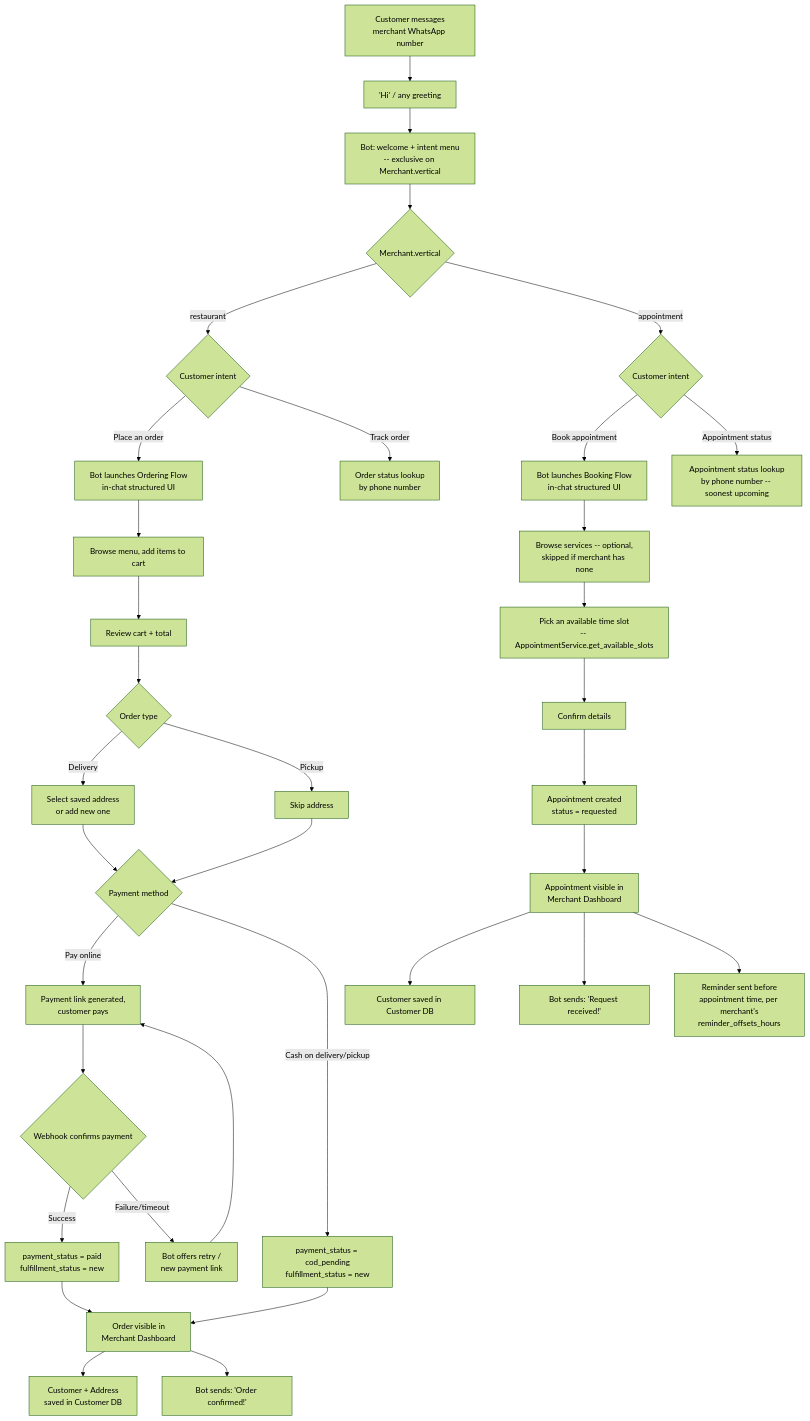
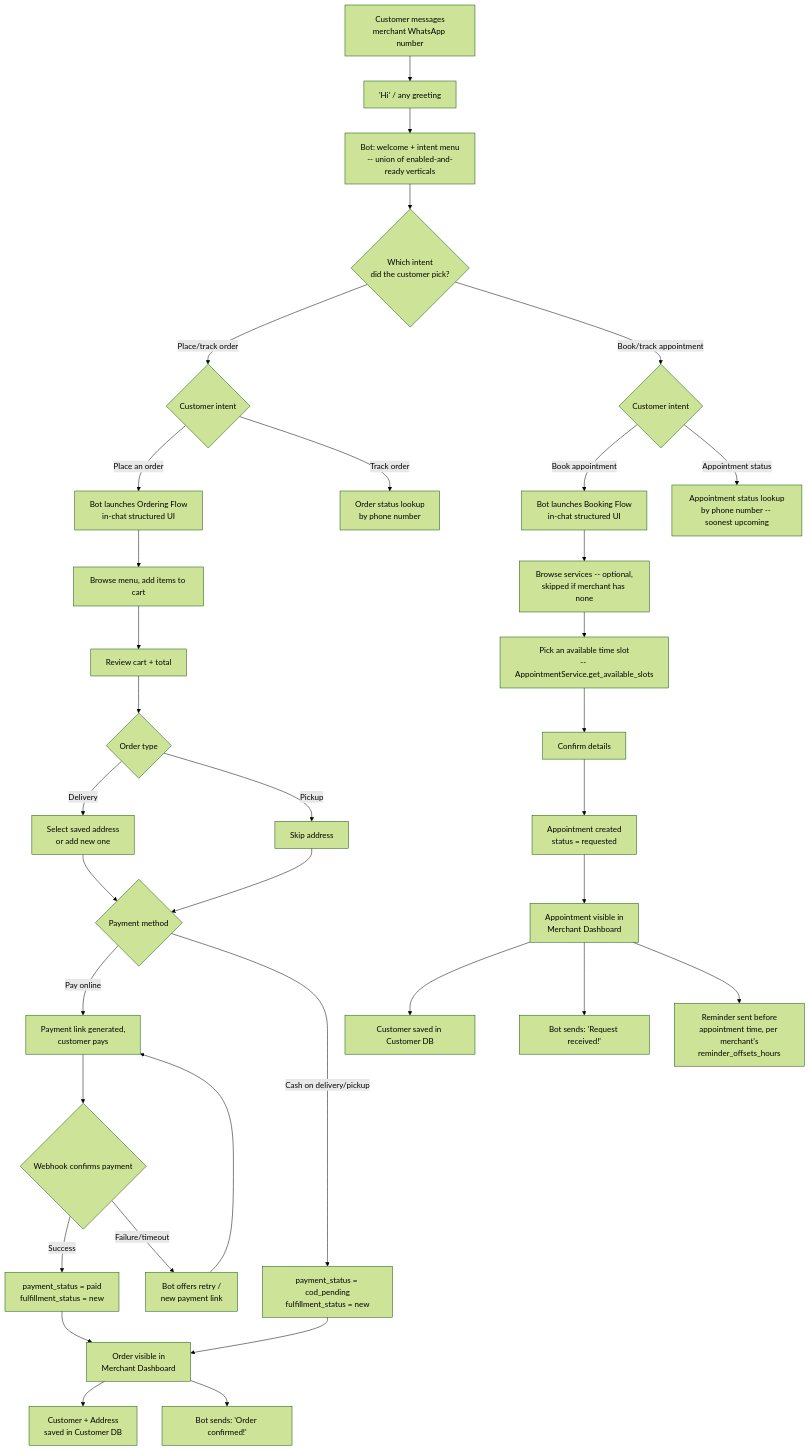
The third of 3 diagrams in ARCHITECTURE.md (itsjayanth/orderflow), drawn with Mermaid (forest theme) before and after one commit. The commit also changed other lines of this file and 31 other files, not shown here.

````diff
--- a/ARCHITECTURE.md
+++ b/ARCHITECTURE.md
@@ -346,39 +355,39 @@
 ```mermaid
 flowchart TD
     A[Customer messages<br/>merchant WhatsApp number] --> B["'Hi' / any greeting"]
-    B --> C[Bot: welcome + intent menu<br/>-- exclusive on Merchant.vertical]
-    C --> D{Merchant.vertical}
+    B --> C[Bot: welcome + intent menu<br/>-- union of enabled-and-ready verticals]
+    C --> D{Which intent<br/>did the customer pick?}
 
-    D -- restaurant --> D1{Customer intent}
+    D -- Place/track order --> D1{Customer intent}
     D1 -- Place an order --> E[Bot launches Ordering Flow<br/>in-chat structured UI]
     D1 -- Track order --> T[Order status lookup<br/>by phone number]
     E --> F[Browse menu, add items to cart]
     F --> G[Review cart + total]
     G --> I{Order type}
     I -- Delivery --> J[Select saved address<br/>or add new one]
     I -- Pickup --> K[Skip address]
     J --> L{Payment method}
     K --> L
     L -- Pay online --> M[Payment link generated,<br/>customer pays]
     L -- Cash on delivery/pickup --> N["payment_status = cod_pending<br/>fulfillment_status = new"]
     M --> Ov{Webhook confirms payment}
     Ov -- Success --> P["payment_status = paid<br/>fulfillment_status = new"]
     Ov -- Failure/timeout --> Q[Bot offers retry /<br/>new payment link]
     Q --> M
     P --> R[Order visible in<br/>Merchant Dashboard]
     N --> R
     R --> S[Customer + Address<br/>saved in Customer DB]
     R --> U["Bot sends: 'Order confirmed!'"]
 
-    D -- appointment --> D2{Customer intent}
+    D -- Book/track appointment --> D2{Customer intent}
     D2 -- Book appointment --> E2[Bot launches Booking Flow<br/>in-chat structured UI]
     D2 -- Appointment status --> T2[Appointment status lookup<br/>by phone number -- soonest upcoming]
     E2 --> F2[Browse services -- optional,<br/>skipped if merchant has none]
     F2 --> G2[Pick an available time slot<br/>-- AppointmentService.get_available_slots]
     G2 --> I2[Confirm details]
     I2 --> P2["Appointment created<br/>status = requested"]
     P2 --> R2[Appointment visible in<br/>Merchant Dashboard]
     R2 --> S2[Customer saved in Customer DB]
     R2 --> U2["Bot sends: 'Request received!'"]
     R2 --> W2[Reminder sent before<br/>appointment time, per merchant's<br/>reminder_offsets_hours]
 ```
````
